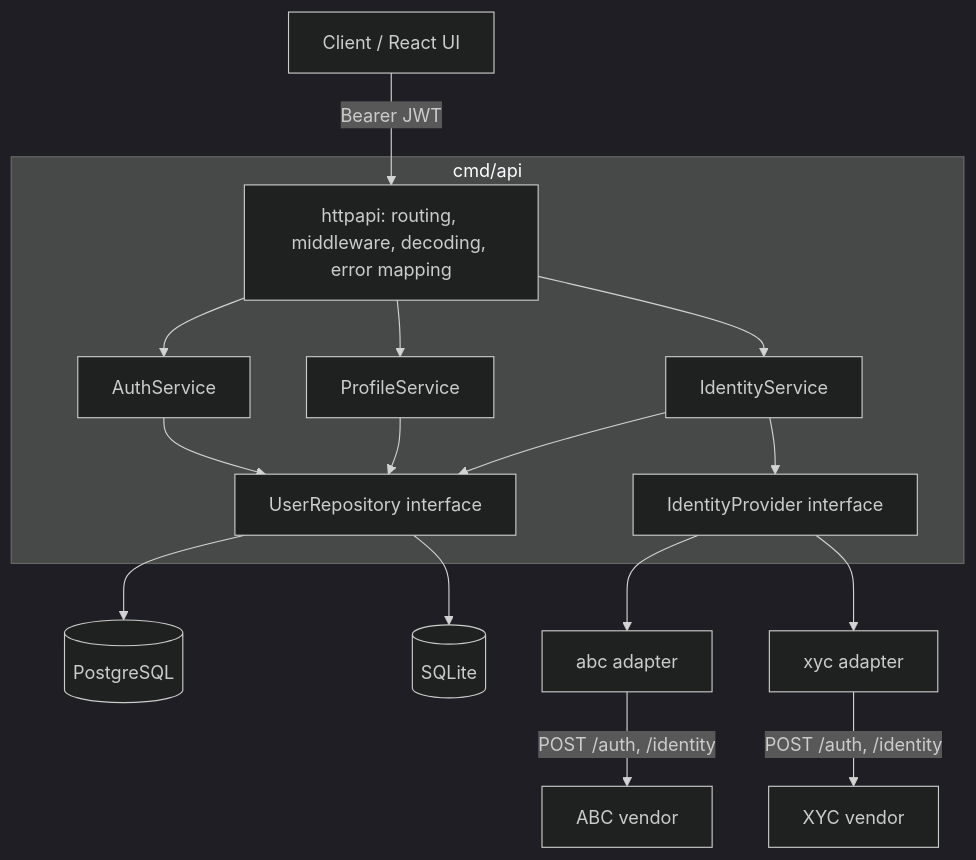
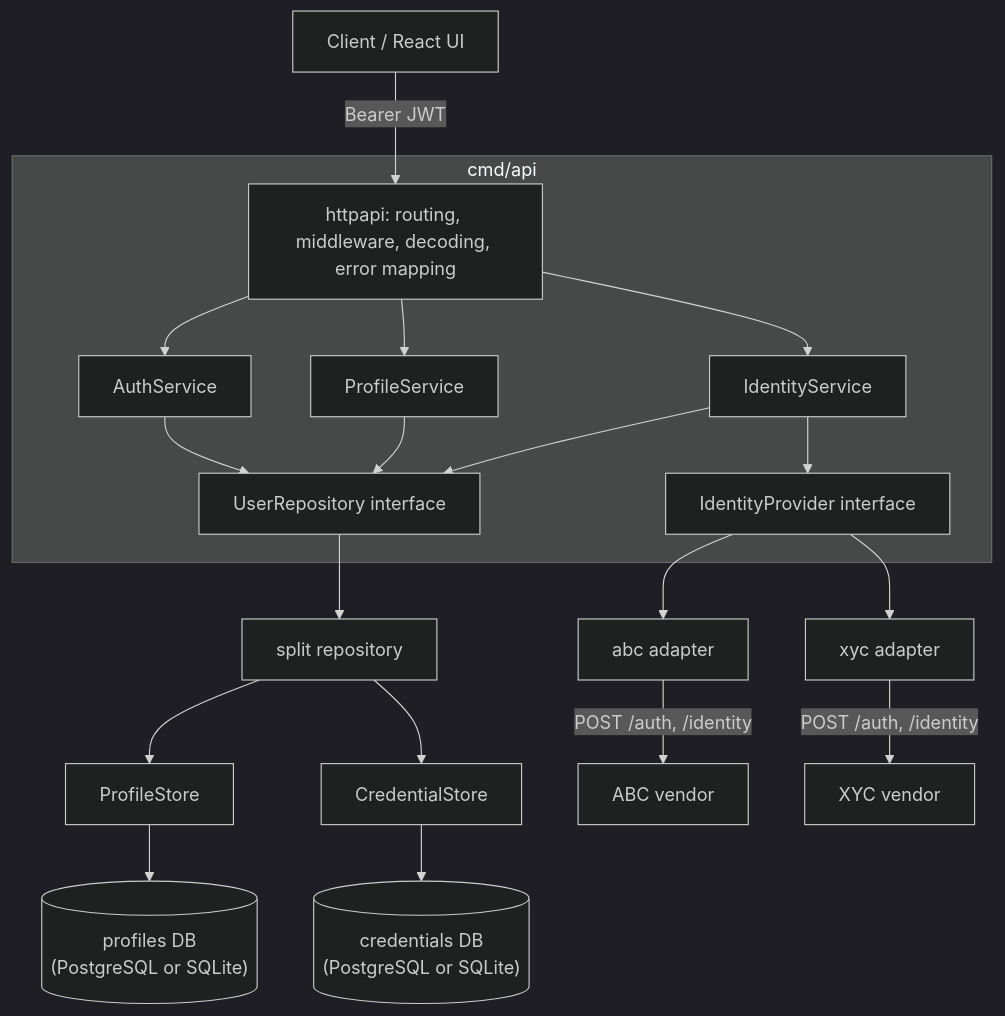
The first of 2 diagrams in README.md (Sun-Wukhan/rolodex), drawn with Mermaid (dark theme) before and after one commit. The commit also changed other lines of this file and 1 other file, not shown here.

````diff
--- a/README.md
+++ b/README.md
@@ -177,20 +196,21 @@
 ```mermaid
 flowchart TD
   Client["Client / React UI"] -->|"Bearer JWT"| HTTP
   subgraph api [cmd/api]
     HTTP["httpapi: routing, middleware, decoding, error mapping"]
     HTTP --> Auth[AuthService]
     HTTP --> Profiles[ProfileService]
     HTTP --> Identity[IdentityService]
     Auth --> Repo
     Profiles --> Repo
     Identity --> Repo
     Identity --> Providers
   end
-  Repo[UserRepository interface] --> PG[(PostgreSQL)]
-  Repo --> SQ[(SQLite)]
+  Repo[UserRepository interface] --> Split[split repository]
+  Split --> PS[ProfileStore] --> ProfilesDB[("profiles DB<br/>(PostgreSQL or SQLite)")]
+  Split --> CS[CredentialStore] --> CredentialsDB[("credentials DB<br/>(PostgreSQL or SQLite)")]
   Providers[IdentityProvider interface] --> ABC[abc adapter]
   Providers --> XYC[xyc adapter]
   ABC -->|"POST /auth, /identity"| VendorABC[ABC vendor]
   XYC -->|"POST /auth, /identity"| VendorXYC[XYC vendor]
 ```
````
